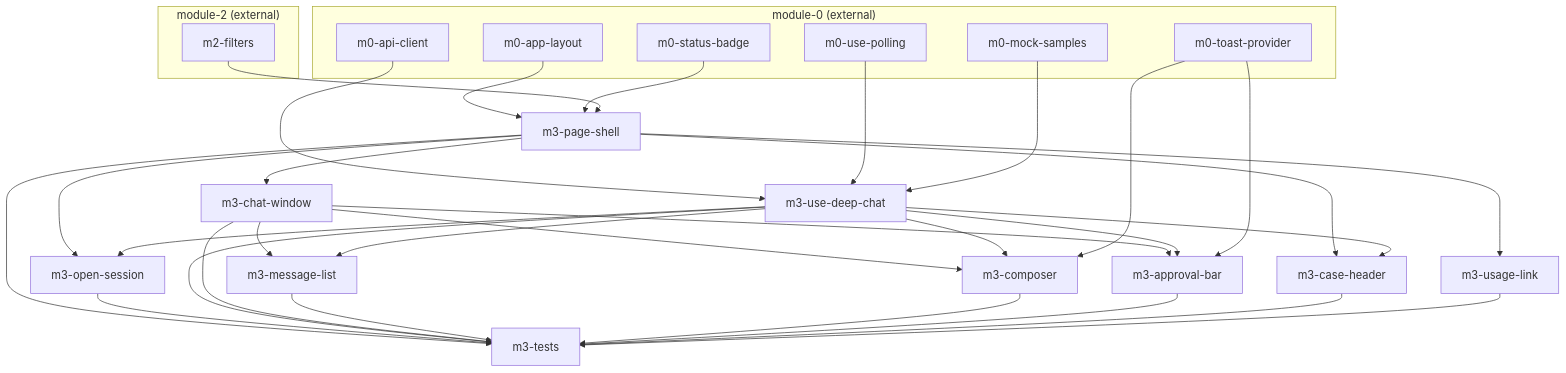
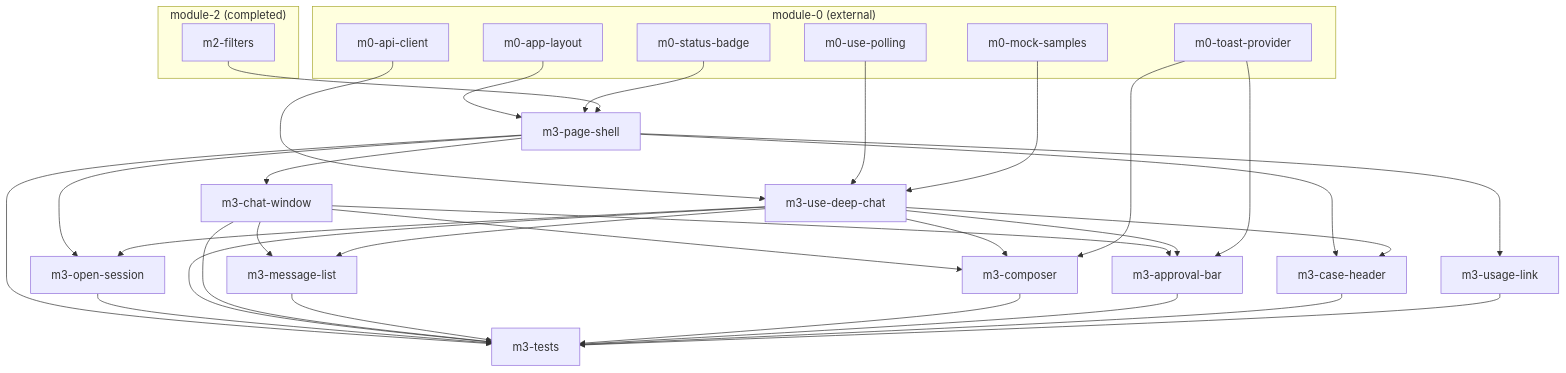
Before and after one commit to Analytics-bb/monitor_frontend: the diagram in .cursor/plans/FE/module-3-deep-chat/index.md, drawn with Mermaid. The commit also changed other lines of this file and 82 other files, not shown here.

````diff
--- a/.cursor/plans/FE/module-3-deep-chat/index.md
+++ b/.cursor/plans/FE/module-3-deep-chat/index.md
@@ -26,56 +26,56 @@
 ```mermaid
 flowchart TB
   subgraph m0["module-0 (external)"]
     M0AL[m0-app-layout]
     M0SB[m0-status-badge]
     M0AC[m0-api-client]
     M0UP[m0-use-polling]
     M0TO[m0-toast-provider]
     M0FX[m0-mock-samples]
   end
 
-  subgraph m2["module-2 (external)"]
+  subgraph m2["module-2 (completed)"]
     M2FI[m2-filters]
   end
 
   PS[m3-page-shell]
   HK[m3-use-deep-chat]
   OS[m3-open-session]
   CW[m3-chat-window]
   ML[m3-message-list]
   CP[m3-composer]
   AB[m3-approval-bar]
   CM[m3-case-header]
   UL[m3-usage-link]
   TS[m3-tests]
 
   M0AL --> PS
   M0SB --> PS
   M2FI --> PS
   M0AC --> HK
   M0UP --> HK
   M0FX --> HK
   PS --> OS
   HK --> OS
   PS --> CW
   CW --> ML
   HK --> ML
   CW --> CP
   HK --> CP
   M0TO --> CP
   CW --> AB
   HK --> AB
   M0TO --> AB
   PS --> CM
   HK --> CM
   PS --> UL
   PS --> TS
   OS --> TS
   HK --> TS
   CW --> TS
   ML --> TS
   CP --> TS
   AB --> TS
   CM --> TS
   UL --> TS
 ```
````
